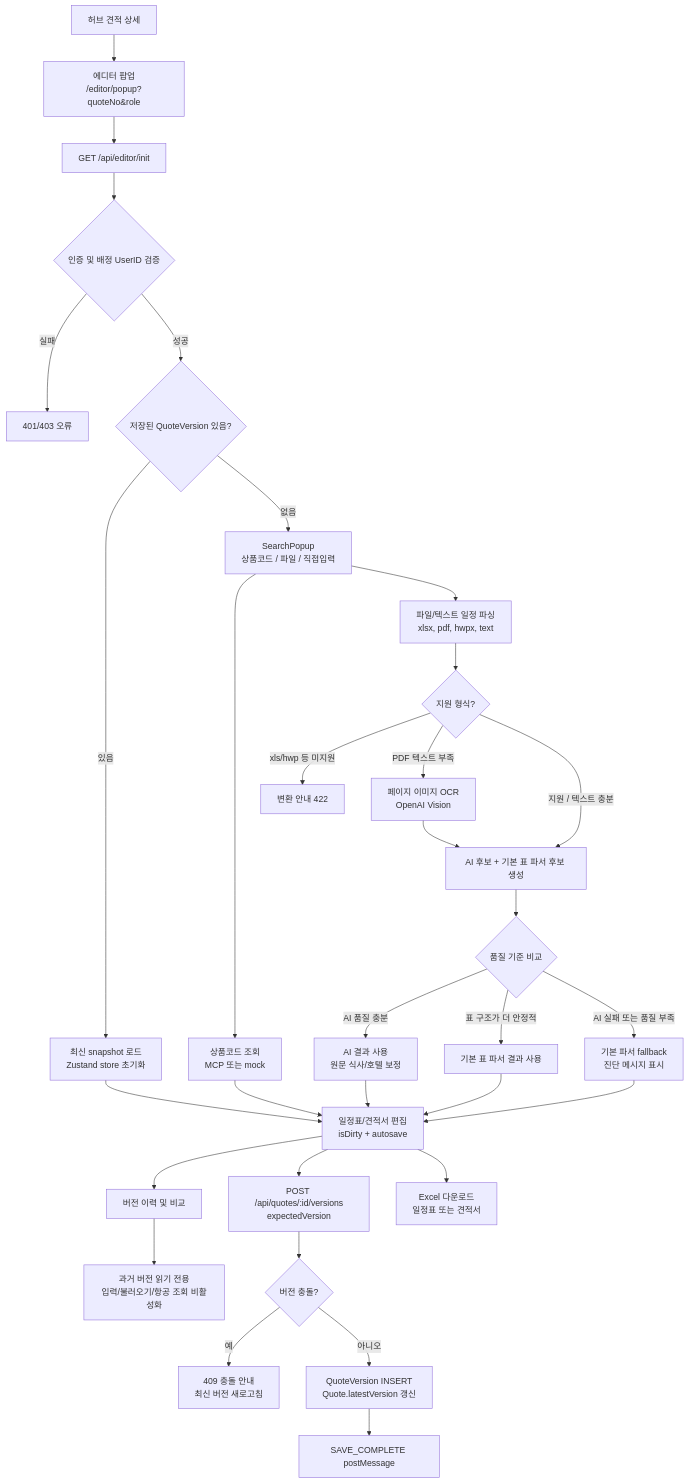
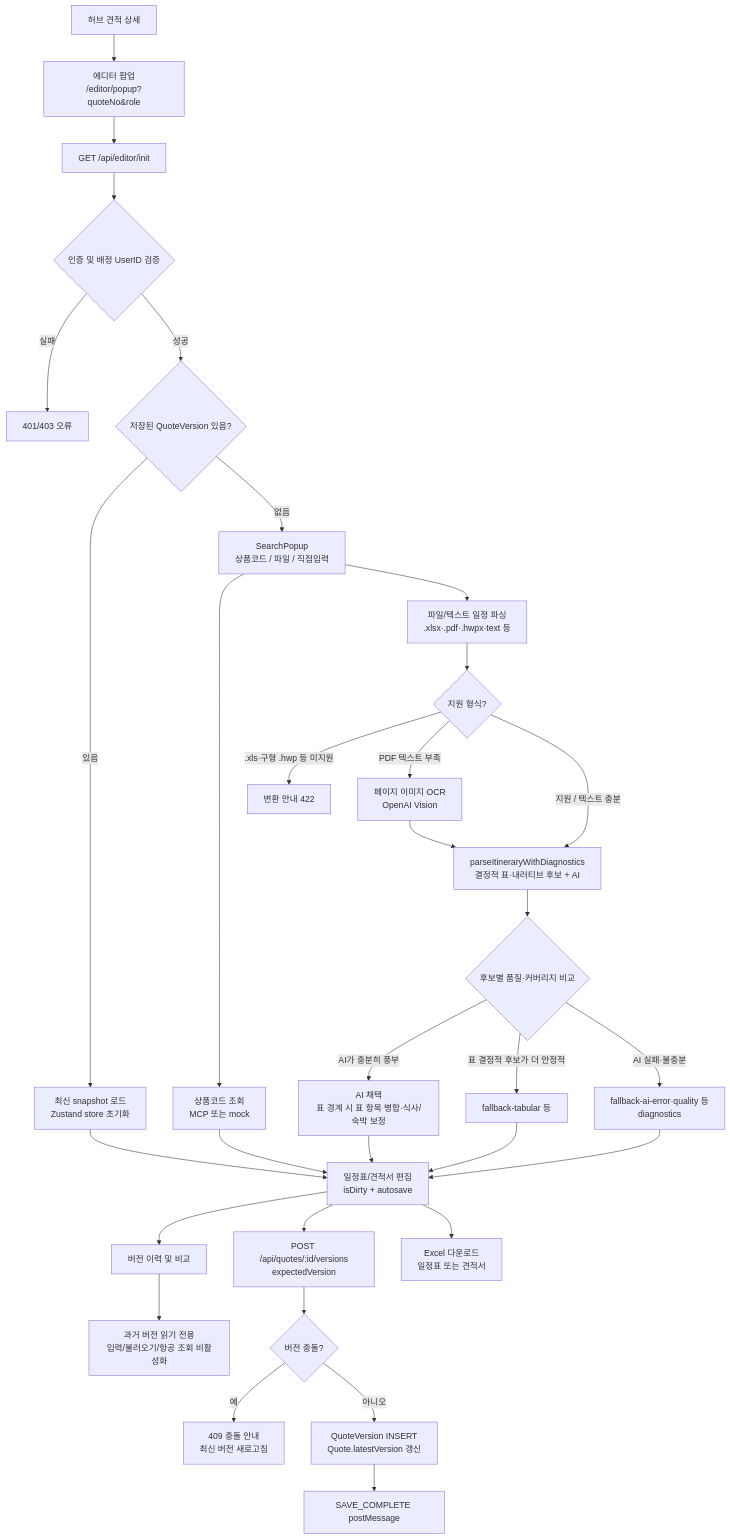
One commit to yoonzzan/tour-editor changed the first of 2 diagrams in README.md. Above: the diagram before and after it, drawn with Mermaid. The commit also changed other lines of this file, not shown here.

Commit message:
docs(readme): parsing paths, golden tests, diagrams, quality gate

````diff
--- a/README.md
+++ b/README.md
@@ -105,37 +106,37 @@
 ```mermaid
 flowchart TD
   Hub[허브 견적 상세] --> Popup[에디터 팝업<br/>/editor/popup?quoteNo&role]
   Popup --> Init[GET /api/editor/init]
   Init --> Auth{인증 및 배정 UserID 검증}
   Auth -- 실패 --> Denied[401/403 오류]
   Auth -- 성공 --> VersionState{저장된 QuoteVersion 있음?}
   VersionState -- 있음 --> Load[최신 snapshot 로드<br/>Zustand store 초기화]
   VersionState -- 없음 --> Import[SearchPopup<br/>상품코드 / 파일 / 직접입력]
 
   Import --> Product[상품코드 조회<br/>MCP 또는 mock]
-  Import --> File[파일/텍스트 일정 파싱<br/>xlsx, pdf, hwpx, text]
+  Import --> File[파일/텍스트 일정 파싱<br/>.xlsx·.pdf·.hwpx·text 등]
   File --> Format{지원 형식?}
-  Format -- xls/hwp 등 미지원 --> Convert[변환 안내 422]
+  Format -- .xls·구형 .hwp 등 미지원 --> Convert[변환 안내 422]
   Format -- PDF 텍스트 부족 --> Ocr[페이지 이미지 OCR<br/>OpenAI Vision]
-  Format -- 지원 / 텍스트 충분 --> Parse[AI 후보 + 기본 표 파서 후보 생성]
+  Format -- 지원 / 텍스트 충분 --> Parse[parseItineraryWithDiagnostics<br/>결정적 표·내러티브 후보 + AI]
   Ocr --> Parse
-  Parse --> Pick{품질 기준 비교}
-  Pick -- AI 품질 충분 --> AiResult[AI 결과 사용<br/>원문 식사/호텔 보정]
-  Pick -- 표 구조가 더 안정적 --> TableResult[기본 표 파서 결과 사용]
-  Pick -- AI 실패 또는 품질 부족 --> Fallback[기본 파서 fallback<br/>진단 메시지 표시]
+  Parse --> Pick{후보별 품질·커버리지 비교}
+  Pick -- AI가 충분히 풍부 --> AiResult[AI 채택<br/>표 경계 시 표 항목 병합·식사/숙박 보정]
+  Pick -- 표 결정적 후보가 더 안정적 --> TableResult[fallback-tabular 등]
+  Pick -- AI 실패·불충분 --> Fallback[fallback-ai-error·quality 등<br/>diagnostics]
 
   Product --> Edit[일정표/견적서 편집<br/>isDirty + autosave]
   AiResult --> Edit
   TableResult --> Edit
   Fallback --> Edit
   Load --> Edit
 
   Edit --> History[버전 이력 및 비교]
   History --> Readonly[과거 버전 읽기 전용<br/>입력/불러오기/항공 조회 비활성화]
   Edit --> Save[POST /api/quotes/:id/versions<br/>expectedVersion]
   Save --> Conflict{버전 충돌?}
   Conflict -- 예 --> Reload[409 충돌 안내<br/>최신 버전 새로고침]
   Conflict -- 아니오 --> CreateVersion[QuoteVersion INSERT<br/>Quote.latestVersion 갱신]
   CreateVersion --> Parent[SAVE_COMPLETE postMessage]
   Edit --> Export[Excel 다운로드<br/>일정표 또는 견적서]
 ```
````
